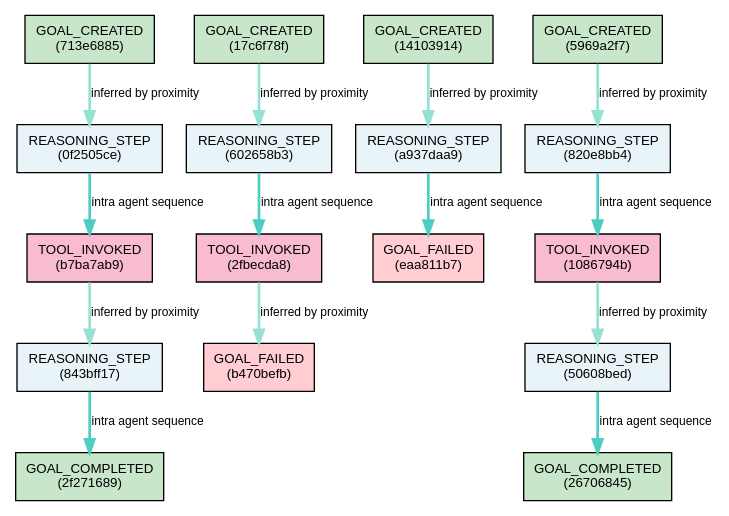
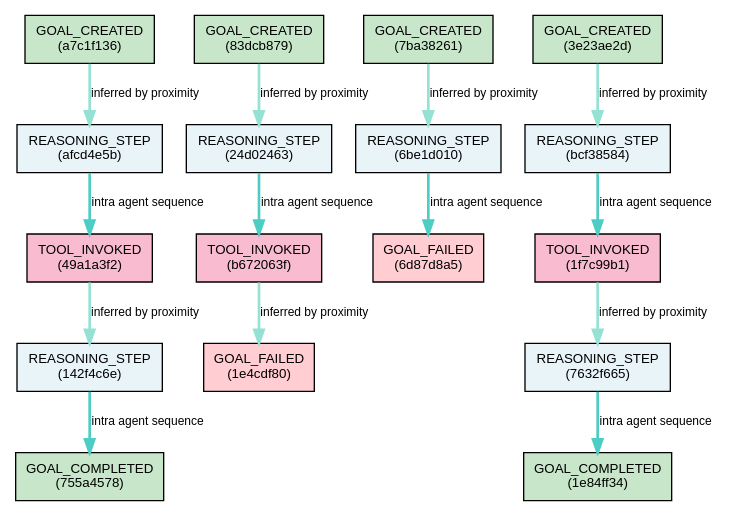
Before and after one commit to miltzhaw/langraph_playground: the diagram in realistic_dag.dot, drawn with Graphviz. The commit also changed 7 other files, not shown here.

Commit message:
improved graphic visualization

```diff
--- a/realistic_dag.dot
+++ b/realistic_dag.dot
@@ -1,39 +1,39 @@
 
 digraph CausalDAG {
     rankdir=TB;
     bgcolor=white;
     node [shape=box, style=filled, fontname="Arial", fontsize=10];
     edge [fontname="Arial", fontsize=9];
     
-        "713e6885-4b8f-4cac-8b63-dc1bee5c01dd" [label="GOAL_CREATED\n(713e6885)", fillcolor="#C8E6C9"];
-    "0f2505ce-de52-4c0e-8e3b-ec02ed29a2f4" [label="REASONING_STEP\n(0f2505ce)", fillcolor="#E8F4F8"];
-    "b7ba7ab9-dce7-44e9-8a72-bbc1b99247f9" [label="TOOL_INVOKED\n(b7ba7ab9)", fillcolor="#F8BBD0"];
-    "843bff17-69a5-47e8-9dcf-6cf6580e1b4b" [label="REASONING_STEP\n(843bff17)", fillcolor="#E8F4F8"];
-    "2f271689-8be6-40c9-9f0d-488a560c0639" [label="GOAL_COMPLETED\n(2f271689)", fillcolor="#C8E6C9"];
-    "17c6f78f-8990-4de1-9249-246944535627" [label="GOAL_CREATED\n(17c6f78f)", fillcolor="#C8E6C9"];
-    "602658b3-b7ca-44f7-9fa5-628312f518d5" [label="REASONING_STEP\n(602658b3)", fillcolor="#E8F4F8"];
-    "2fbecda8-487b-440c-bbb3-9fa0d74b31a0" [label="TOOL_INVOKED\n(2fbecda8)", fillcolor="#F8BBD0"];
-    "b470befb-dc68-409d-bf5d-10c11644eb95" [label="GOAL_FAILED\n(b470befb)", fillcolor="#FFCDD2"];
-    "14103914-6e94-4b0d-8483-7e6913cb504a" [label="GOAL_CREATED\n(14103914)", fillcolor="#C8E6C9"];
-    "a937daa9-c975-4898-817d-fcd4d2e23f1c" [label="REASONING_STEP\n(a937daa9)", fillcolor="#E8F4F8"];
-    "eaa811b7-30b2-44b5-a002-4e3971af1eac" [label="GOAL_FAILED\n(eaa811b7)", fillcolor="#FFCDD2"];
-    "5969a2f7-c2b6-4a49-b1cb-64a004e8069c" [label="GOAL_CREATED\n(5969a2f7)", fillcolor="#C8E6C9"];
-    "820e8bb4-0a16-4d0d-85e1-34de4ffe245c" [label="REASONING_STEP\n(820e8bb4)", fillcolor="#E8F4F8"];
-    "1086794b-028e-4bc0-8de2-5400d775113c" [label="TOOL_INVOKED\n(1086794b)", fillcolor="#F8BBD0"];
-    "50608bed-9b15-4a1c-8e47-74320bd0551d" [label="REASONING_STEP\n(50608bed)", fillcolor="#E8F4F8"];
-    "26706845-c4bb-4f16-a0f1-0a52f3e90a95" [label="GOAL_COMPLETED\n(26706845)", fillcolor="#C8E6C9"];
+        "a7c1f136-4612-4567-9681-221fe1f200a4" [label="GOAL_CREATED\n(a7c1f136)", fillcolor="#C8E6C9"];
+    "afcd4e5b-d732-402f-b470-b179ac219e31" [label="REASONING_STEP\n(afcd4e5b)", fillcolor="#E8F4F8"];
+    "49a1a3f2-7fa1-454b-b245-346a82273d99" [label="TOOL_INVOKED\n(49a1a3f2)", fillcolor="#F8BBD0"];
+    "142f4c6e-d5ee-4586-a6d1-623b17be8117" [label="REASONING_STEP\n(142f4c6e)", fillcolor="#E8F4F8"];
+    "755a4578-caf3-4cc2-9799-07ec0d6e3a9c" [label="GOAL_COMPLETED\n(755a4578)", fillcolor="#C8E6C9"];
+    "83dcb879-0b81-4f9f-9128-534e623c4eea" [label="GOAL_CREATED\n(83dcb879)", fillcolor="#C8E6C9"];
+    "24d02463-ee32-4b67-ad29-36ba68854415" [label="REASONING_STEP\n(24d02463)", fillcolor="#E8F4F8"];
+    "b672063f-64c8-4ba4-866b-7d61973ffb14" [label="TOOL_INVOKED\n(b672063f)", fillcolor="#F8BBD0"];
+    "1e4cdf80-3c5c-4d70-af3c-2a01a4acb62f" [label="GOAL_FAILED\n(1e4cdf80)", fillcolor="#FFCDD2"];
+    "7ba38261-5f7d-492c-a755-5039a2caa6ad" [label="GOAL_CREATED\n(7ba38261)", fillcolor="#C8E6C9"];
+    "6be1d010-a15f-4921-a407-63c373996918" [label="REASONING_STEP\n(6be1d010)", fillcolor="#E8F4F8"];
+    "6d87d8a5-1849-493e-8ef7-b9c87e475292" [label="GOAL_FAILED\n(6d87d8a5)", fillcolor="#FFCDD2"];
+    "3e23ae2d-b8aa-4a58-abf4-a69fbe3dc4ee" [label="GOAL_CREATED\n(3e23ae2d)", fillcolor="#C8E6C9"];
+    "bcf38584-fe33-4a34-9e75-03b29af092e8" [label="REASONING_STEP\n(bcf38584)", fillcolor="#E8F4F8"];
+    "1f7c99b1-473d-45dd-9af2-3743297e7fda" [label="TOOL_INVOKED\n(1f7c99b1)", fillcolor="#F8BBD0"];
+    "7632f665-86d3-459f-86a5-486ee746b743" [label="REASONING_STEP\n(7632f665)", fillcolor="#E8F4F8"];
+    "1e84ff34-c169-4656-af93-ecfa78dd357c" [label="GOAL_COMPLETED\n(1e84ff34)", fillcolor="#C8E6C9"];
     
-        "a937daa9-c975-4898-817d-fcd4d2e23f1c" -> "eaa811b7-30b2-44b5-a002-4e3971af1eac" [label="intra agent sequence", color="#4ECDC4", penwidth=2.0];
-    "17c6f78f-8990-4de1-9249-246944535627" -> "602658b3-b7ca-44f7-9fa5-628312f518d5" [label="inferred by proximity", color="#95E1D3", penwidth=2.0];
-    "0f2505ce-de52-4c0e-8e3b-ec02ed29a2f4" -> "b7ba7ab9-dce7-44e9-8a72-bbc1b99247f9" [label="intra agent sequence", color="#4ECDC4", penwidth=2.0];
-    "843bff17-69a5-47e8-9dcf-6cf6580e1b4b" -> "2f271689-8be6-40c9-9f0d-488a560c0639" [label="intra agent sequence", color="#4ECDC4", penwidth=2.0];
-    "1086794b-028e-4bc0-8de2-5400d775113c" -> "50608bed-9b15-4a1c-8e47-74320bd0551d" [label="inferred by proximity", color="#95E1D3", penwidth=2.0];
-    "50608bed-9b15-4a1c-8e47-74320bd0551d" -> "26706845-c4bb-4f16-a0f1-0a52f3e90a95" [label="intra agent sequence", color="#4ECDC4", penwidth=2.0];
-    "2fbecda8-487b-440c-bbb3-9fa0d74b31a0" -> "b470befb-dc68-409d-bf5d-10c11644eb95" [label="inferred by proximity", color="#95E1D3", penwidth=2.0];
-    "820e8bb4-0a16-4d0d-85e1-34de4ffe245c" -> "1086794b-028e-4bc0-8de2-5400d775113c" [label="intra agent sequence", color="#4ECDC4", penwidth=2.0];
-    "5969a2f7-c2b6-4a49-b1cb-64a004e8069c" -> "820e8bb4-0a16-4d0d-85e1-34de4ffe245c" [label="inferred by proximity", color="#95E1D3", penwidth=2.0];
-    "713e6885-4b8f-4cac-8b63-dc1bee5c01dd" -> "0f2505ce-de52-4c0e-8e3b-ec02ed29a2f4" [label="inferred by proximity", color="#95E1D3", penwidth=2.0];
-    "b7ba7ab9-dce7-44e9-8a72-bbc1b99247f9" -> "843bff17-69a5-47e8-9dcf-6cf6580e1b4b" [label="inferred by proximity", color="#95E1D3", penwidth=2.0];
-    "14103914-6e94-4b0d-8483-7e6913cb504a" -> "a937daa9-c975-4898-817d-fcd4d2e23f1c" [label="inferred by proximity", color="#95E1D3", penwidth=2.0];
-    "602658b3-b7ca-44f7-9fa5-628312f518d5" -> "2fbecda8-487b-440c-bbb3-9fa0d74b31a0" [label="intra agent sequence", color="#4ECDC4", penwidth=2.0];
+        "83dcb879-0b81-4f9f-9128-534e623c4eea" -> "24d02463-ee32-4b67-ad29-36ba68854415" [label="inferred by proximity", color="#95E1D3", penwidth=2.0];
+    "b672063f-64c8-4ba4-866b-7d61973ffb14" -> "1e4cdf80-3c5c-4d70-af3c-2a01a4acb62f" [label="inferred by proximity", color="#95E1D3", penwidth=2.0];
+    "a7c1f136-4612-4567-9681-221fe1f200a4" -> "afcd4e5b-d732-402f-b470-b179ac219e31" [label="inferred by proximity", color="#95E1D3", penwidth=2.0];
+    "49a1a3f2-7fa1-454b-b245-346a82273d99" -> "142f4c6e-d5ee-4586-a6d1-623b17be8117" [label="inferred by proximity", color="#95E1D3", penwidth=2.0];
+    "6be1d010-a15f-4921-a407-63c373996918" -> "6d87d8a5-1849-493e-8ef7-b9c87e475292" [label="intra agent sequence", color="#4ECDC4", penwidth=2.0];
+    "7632f665-86d3-459f-86a5-486ee746b743" -> "1e84ff34-c169-4656-af93-ecfa78dd357c" [label="intra agent sequence", color="#4ECDC4", penwidth=2.0];
+    "1f7c99b1-473d-45dd-9af2-3743297e7fda" -> "7632f665-86d3-459f-86a5-486ee746b743" [label="inferred by proximity", color="#95E1D3", penwidth=2.0];
+    "afcd4e5b-d732-402f-b470-b179ac219e31" -> "49a1a3f2-7fa1-454b-b245-346a82273d99" [label="intra agent sequence", color="#4ECDC4", penwidth=2.0];
+    "142f4c6e-d5ee-4586-a6d1-623b17be8117" -> "755a4578-caf3-4cc2-9799-07ec0d6e3a9c" [label="intra agent sequence", color="#4ECDC4", penwidth=2.0];
+    "24d02463-ee32-4b67-ad29-36ba68854415" -> "b672063f-64c8-4ba4-866b-7d61973ffb14" [label="intra agent sequence", color="#4ECDC4", penwidth=2.0];
+    "3e23ae2d-b8aa-4a58-abf4-a69fbe3dc4ee" -> "bcf38584-fe33-4a34-9e75-03b29af092e8" [label="inferred by proximity", color="#95E1D3", penwidth=2.0];
+    "bcf38584-fe33-4a34-9e75-03b29af092e8" -> "1f7c99b1-473d-45dd-9af2-3743297e7fda" [label="intra agent sequence", color="#4ECDC4", penwidth=2.0];
+    "7ba38261-5f7d-492c-a755-5039a2caa6ad" -> "6be1d010-a15f-4921-a407-63c373996918" [label="inferred by proximity", color="#95E1D3", penwidth=2.0];
 }
```
